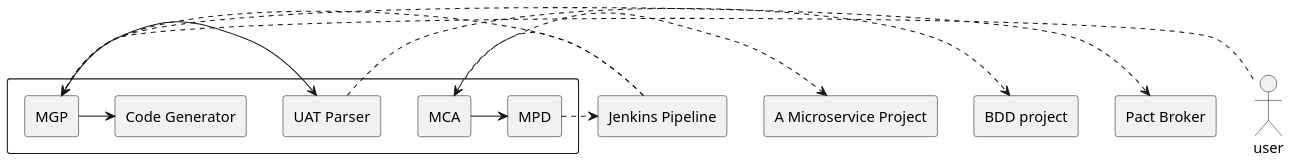
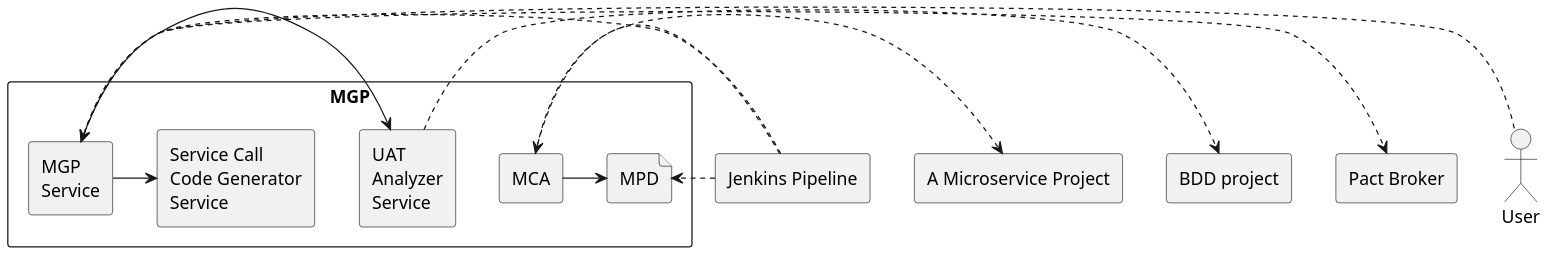
The diagram in diagram/system.puml (b4456609/mgp-back), drawn with PlantUML before and after one commit. The commit also changed 3 other files, not shown here.

Commit message:
update diagram

```diff
--- a/diagram/system.puml
+++ b/diagram/system.puml
@@ -1,30 +1,30 @@
 @startuml
-scale 1.5
+scale 1.8
 rectangle "A Microservice Project" as mp
 rectangle "Jenkins Pipeline" as jp
 rectangle "BDD project" as bp
 rectangle "Pact Broker" as pb
-actor user
+actor User as user
 
-rectangle {
+rectangle "MGP" {
 	rectangle "MCA" as mca
-	rectangle "MGP"as mgp
-	rectangle "UAT Parser" as uatp
-	rectangle "Code Generator" as d
+	rectangle "MGP\nService"as mgp
+	rectangle "UAT\nAnalyzer\nService" as uatp
+	rectangle "Service Call\nCode Generator\nService" as d
 
-	rectangle "MPD" as mpd
+	file "MPD" as mpd
 
 	mca -r-> mpd
 	mgp -> uatp
 	mgp -> d
 }
 
-mpd.>jp
+jp.>mpd
 mca .> mp
 jp .> mca
 jp .> mgp
 uatp .> bp
 mgp .> pb
 user .> mgp
 
 @enduml
```
